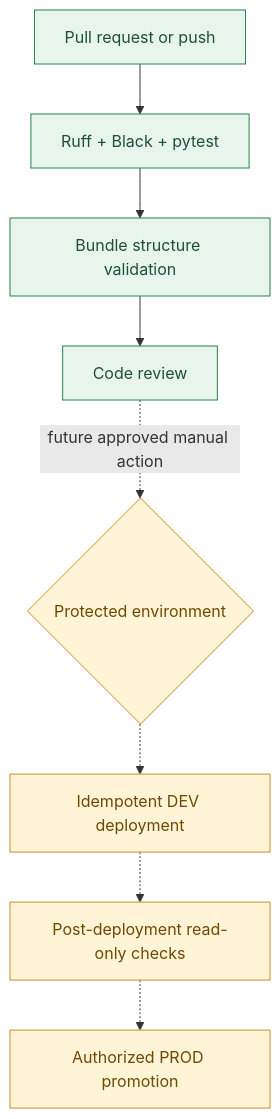
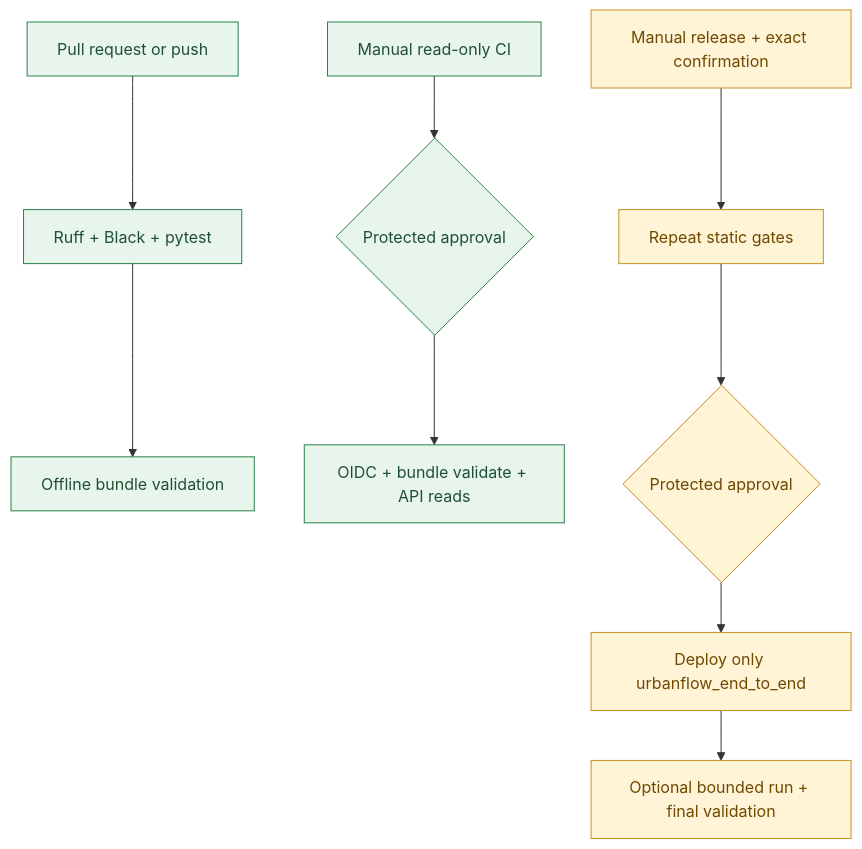
One commit to BadalovP/Databricks-Academy-Lakehouse changed the fourth of 5 diagrams in Demos/Demo3/README.md. Above: the diagram before and after it, drawn with Mermaid. The commit also changed other lines of this file and 10 other files, not shown here.

First line of the commit message:
feat(demo3): unified UrbanFlow job and protected release (#56)

````diff
--- a/Demos/Demo3/README.md
+++ b/Demos/Demo3/README.md
@@ -162,14 +165,15 @@
 ```mermaid
 flowchart TB
     PR["Pull request or push"] --> STATIC["Ruff + Black + pytest"]
-    STATIC --> BUNDLE["Bundle structure validation"]
-    BUNDLE --> REVIEW["Code review"]
-    REVIEW -. "future approved manual action" .-> APPROVAL{"Protected environment"}
-    APPROVAL -.-> DEV["Idempotent DEV deployment"]
-    DEV -.-> VERIFY["Post-deployment read-only checks"]
-    VERIFY -.-> PROMOTE["Authorized PROD promotion"]
+    STATIC --> BUNDLE["Offline bundle validation"]
+    MANUAL_READ["Manual read-only CI"] --> APPROVAL_READ{"Protected approval"}
+    APPROVAL_READ --> CONTROL["OIDC + bundle validate + API reads"]
+    RELEASE["Manual release + exact confirmation"] --> STATIC_RELEASE["Repeat static gates"]
+    STATIC_RELEASE --> APPROVAL_RELEASE{"Protected approval"}
+    APPROVAL_RELEASE --> SELECTED["Deploy only urbanflow_end_to_end"]
+    SELECTED --> OPTIONAL["Optional bounded run + final validation"]
     classDef current fill:#e8f5ec,stroke:#27834b,color:#205033
     classDef future fill:#fff4d6,stroke:#c69026,color:#704800
-    class PR,STATIC,BUNDLE,REVIEW current
-    class APPROVAL,DEV,VERIFY,PROMOTE future
+    class PR,STATIC,BUNDLE,MANUAL_READ,APPROVAL_READ,CONTROL current
+    class RELEASE,STATIC_RELEASE,APPROVAL_RELEASE,SELECTED,OPTIONAL future
 ```
````
